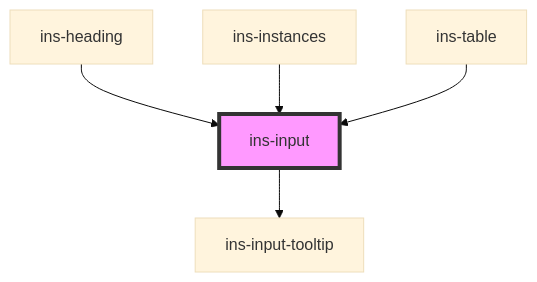
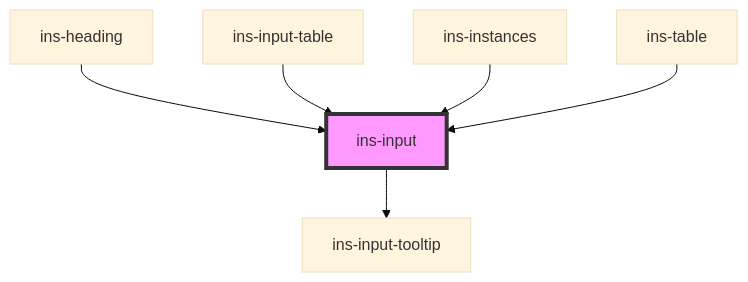
Before and after one commit to insites-io/insites-components-v2: the diagram in components/src/components/ins-input/README.md, drawn with Mermaid (base theme). The commit also changed other lines of this file and 4 other files, not shown here.

Commit message:
ins-input-table mobile responsiveness

````diff
--- a/components/src/components/ins-input/README.md
+++ b/components/src/components/ins-input/README.md
@@ -84,8 +85,9 @@
 ```mermaid
 graph TD;
   ins-input --> ins-input-tooltip
   ins-heading --> ins-input
+  ins-input-table --> ins-input
   ins-instances --> ins-input
   ins-table --> ins-input
   style ins-input fill:#f9f,stroke:#333,stroke-width:4px
 ```
````
